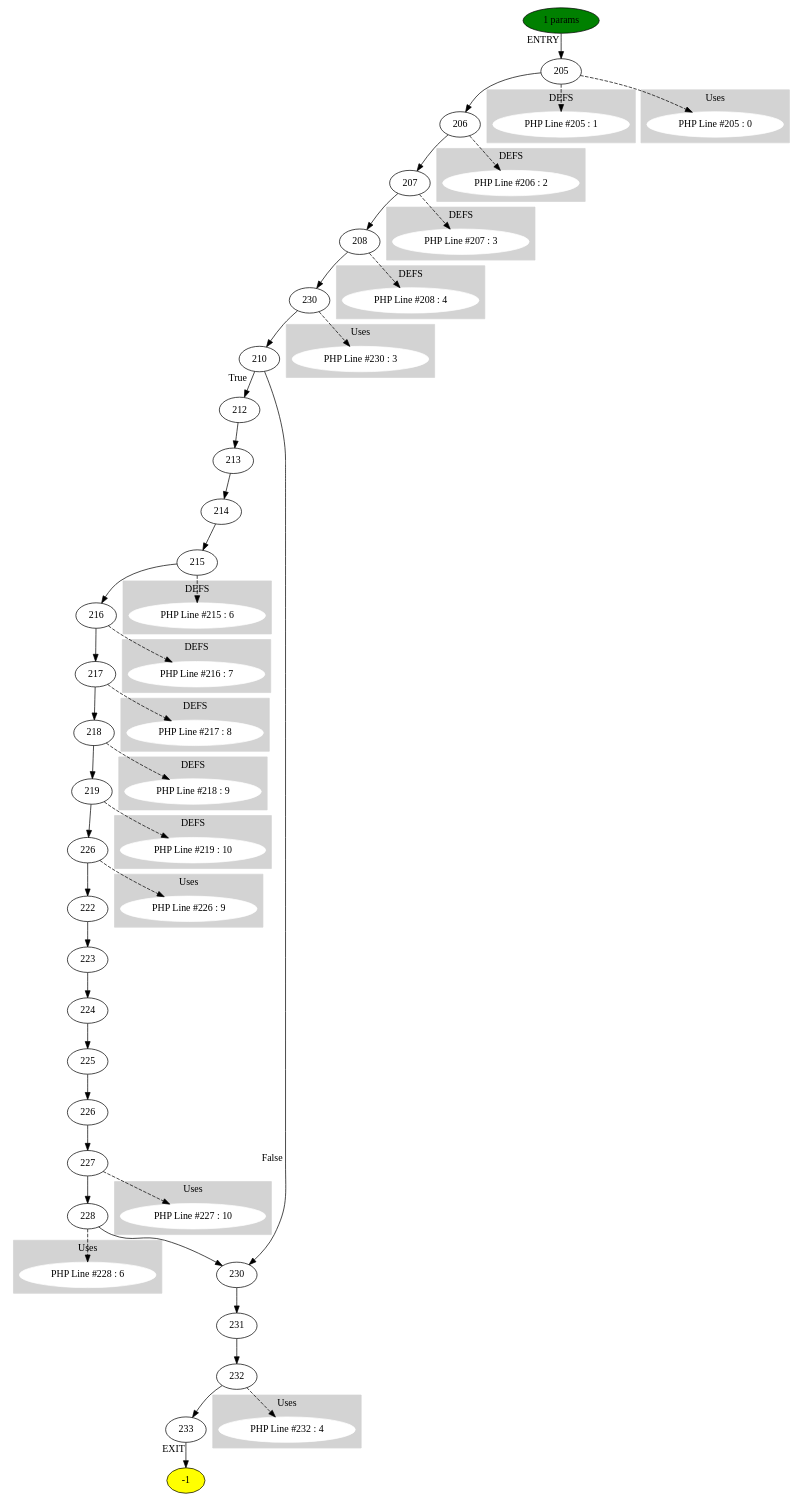
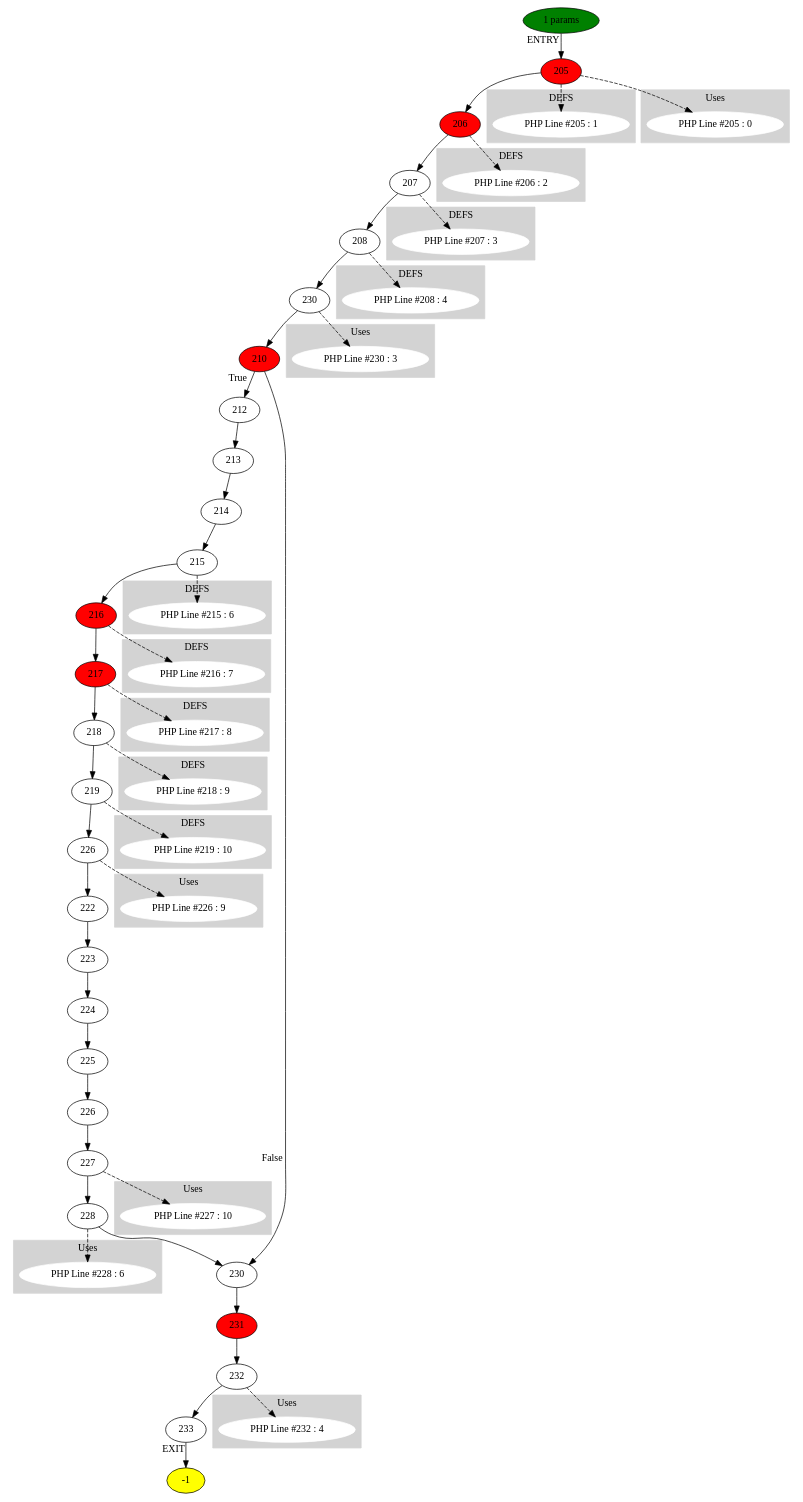
One commit to brianedmonds90/CFG-Hip-Hop changed the diagram in CFG_FROM_PHP/graphViz/assign_me_Function getAnnouncements at 2225 (ID 10).dot. Above: the diagram before and after it, drawn with Graphviz. The commit also changed 27 other files, not shown here.

```diff
--- a/CFG_FROM_PHP/graphViz/assign_me_Function getAnnouncements at 2225 (ID 10).dot
+++ b/CFG_FROM_PHP/graphViz/assign_me_Function getAnnouncements at 2225 (ID 10).dot
@@ -1,177 +1,87 @@
 digraph testName {
-0 [label="205" tooltip="FPushFuncD
-String
-CGetL
-Concat
-FPassCE
-FCall
-UnboxR
-SetL
-PopC
-"];
-1 [label="206" tooltip="FPushFuncD
-FPassM
-True
-FPassCE
-FCall
-UnboxR
-SetL
-PopC
-"];
-2 [label="207" tooltip="CGetM
-SetL
-PopC
-"];
-3 [label="208" tooltip="Array
-SetL
-PopC
-"];
-4 [label="230" tooltip="CGetL
-IterInit
-"];
-5 [label="210" tooltip="FPushFuncD
-FPassM
-String
-FPassCE
-FCall
-UnboxR
-JmpNZ
-"];
-6 [label="212" tooltip="CGetM
-"];
-7 [label="213" tooltip="CGetM
-"];
-8 [label="214" tooltip="Array
-"];
-9 [label="215" tooltip="NewStructArray
-SetL
-PopC
-"];
-10 [label="216" tooltip="FPushFuncD
-String
-CGetM
-String
-Concat
-Concat
-FPassCE
-FCall
-UnboxR
-SetL
-PopC
-"];
-11 [label="217" tooltip="FPushFuncD
-FPassM
-True
-FPassCE
-FCall
-UnboxR
-SetL
-PopC
-"];
-12 [label="218" tooltip="CGetM
-SetL
-PopC
-"];
-13 [label="219" tooltip="Array
-SetL
-PopC
-"];
-14 [label="226" tooltip="CGetL
-IterInit
-"];
-15 [label="222" tooltip="CGetM
-"];
-16 [label="223" tooltip="CGetM
-"];
-17 [label="224" tooltip="CGetM
-"];
-18 [label="225" tooltip="NewStructArray
-SetM
-PopC
-"];
-19 [label="226" tooltip="IterNext
-"];
-20 [label="227" tooltip="CGetL
-SetM
-PopC
-"];
-21 [label="228" tooltip="CGetL
-SetM
-PopC
-"];
-22 [label="230" tooltip="IterNext
-"];
-23 [label="231" tooltip="FPushFuncD
-String
-FPassCE
-FCall
-PopR
-"];
-24 [label="232" tooltip="CGetL
-RetC
-"];
-25 [label="233" tooltip="IterFree
-Unwind
-IterFree
-Unwind
-"];
+0 [label="205" , fillcolor = red, style = filled];
+1 [label="206" , fillcolor = red, style = filled];
+2 [label="207"];
+3 [label="208"];
+4 [label="230"];
+5 [label="210" , fillcolor = red, style = filled];
+6 [label="212"];
+7 [label="213"];
+8 [label="214"];
+9 [label="215"];
+10 [label="216" , fillcolor = red, style = filled];
+11 [label="217" , fillcolor = red, style = filled];
+12 [label="218"];
+13 [label="219"];
+14 [label="226"];
+15 [label="222"];
+16 [label="223"];
+17 [label="224"];
+18 [label="225"];
+19 [label="226"];
+20 [label="227"];
+21 [label="228"];
+22 [label="230"];
+23 [label="231" , fillcolor = red, style = filled];
+24 [label="232"];
+25 [label="233"];
 0 -> 1;
 1 -> 2;
 2 -> 3;
 3 -> 4;
 4 -> 5;
 5 -> 6[xlabel="True"];
 5 -> 22[xlabel="False"];
 6 -> 7;
 7 -> 8;
 8 -> 9;
 9 -> 10;
 10 -> 11;
 11 -> 12;
 12 -> 13;
 13 -> 14;
 14 -> 15;
 15 -> 16;
 16 -> 17;
 17 -> 18;
 18 -> 19;
 19 -> 20;
 20 -> 21;
 21 -> 22;
 22 -> 23;
 23 -> 24;
 24 -> 25;
 -2 -> 0[xlabel="ENTRY"];
 25 -> -1[xlabel="EXIT"];
 -2 [fillcolor = green, style = filled]-1 [fillcolor= yellow, style = filled] subgraph cluster_g_0 { style=filled; color=lightgrey; node [style=filled,color=white]; g_0[label= "PHP Line #205 : 1"];label = "DEFS";}
 0 -> g_0 [style="dashed"];
 subgraph cluster_g_1 { style=filled; color=lightgrey; node [style=filled,color=white]; g_1[label= "PHP Line #206 : 2"];label = "DEFS";}
 1 -> g_1 [style="dashed"];
 subgraph cluster_g_2 { style=filled; color=lightgrey; node [style=filled,color=white]; g_2[label= "PHP Line #207 : 3"];label = "DEFS";}
 2 -> g_2 [style="dashed"];
 subgraph cluster_g_3 { style=filled; color=lightgrey; node [style=filled,color=white]; g_3[label= "PHP Line #208 : 4"];label = "DEFS";}
 3 -> g_3 [style="dashed"];
 subgraph cluster_g_9 { style=filled; color=lightgrey; node [style=filled,color=white]; g_9[label= "PHP Line #215 : 6"];label = "DEFS";}
 9 -> g_9 [style="dashed"];
 subgraph cluster_g_10 { style=filled; color=lightgrey; node [style=filled,color=white]; g_10[label= "PHP Line #216 : 7"];label = "DEFS";}
 10 -> g_10 [style="dashed"];
 subgraph cluster_g_11 { style=filled; color=lightgrey; node [style=filled,color=white]; g_11[label= "PHP Line #217 : 8"];label = "DEFS";}
 11 -> g_11 [style="dashed"];
 subgraph cluster_g_12 { style=filled; color=lightgrey; node [style=filled,color=white]; g_12[label= "PHP Line #218 : 9"];label = "DEFS";}
 12 -> g_12 [style="dashed"];
 subgraph cluster_g_13 { style=filled; color=lightgrey; node [style=filled,color=white]; g_13[label= "PHP Line #219 : 10"];label = "DEFS";}
 13 -> g_13 [style="dashed"];
 subgraph cluster_use_0 { style=filled; color=lightgrey; node [style=filled,color=white]; use_0_0[label= "PHP Line #205 : 0"];label = "Uses";}
 0 -> use_0_0 [style="dashed"];
 subgraph cluster_use_4 { style=filled; color=lightgrey; node [style=filled,color=white]; use_4_3[label= "PHP Line #230 : 3"];label = "Uses";}
 4 -> use_4_3 [style="dashed"];
 subgraph cluster_use_14 { style=filled; color=lightgrey; node [style=filled,color=white]; use_14_9[label= "PHP Line #226 : 9"];label = "Uses";}
 14 -> use_14_9 [style="dashed"];
 subgraph cluster_use_20 { style=filled; color=lightgrey; node [style=filled,color=white]; use_20_10[label= "PHP Line #227 : 10"];label = "Uses";}
 20 -> use_20_10 [style="dashed"];
 subgraph cluster_use_21 { style=filled; color=lightgrey; node [style=filled,color=white]; use_21_6[label= "PHP Line #228 : 6"];label = "Uses";}
 21 -> use_21_6 [style="dashed"];
 subgraph cluster_use_24 { style=filled; color=lightgrey; node [style=filled,color=white]; use_24_4[label= "PHP Line #232 : 4"];label = "Uses";}
 24 -> use_24_4 [style="dashed"];
 -2 [label="1 params"];
 }
```
